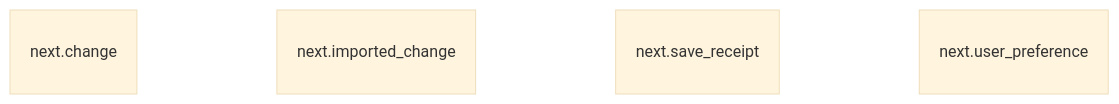
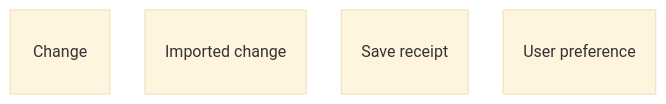
Before and after one commit to DoctorCRE/doctorcre-engine: the diagram in docs/database/tables/viewpoint-changes-preferences.md, drawn with Mermaid (base theme). The commit also changed other lines of this file and 29 other files, not shown here.

````diff
--- a/docs/database/tables/viewpoint-changes-preferences.md
+++ b/docs/database/tables/viewpoint-changes-preferences.md
@@ -18,13 +3,14 @@
 ```mermaid
+---
+config:
+  layout: elk
+  er:
+    nodeSpacing: 22
+    rankSpacing: 44
+---
 erDiagram
-
-
-"next.change" {
-}
-"next.imported_change" {
-}
-"next.save_receipt" {
-}
-"next.user_preference" {
-}
+  "Change"
+  "Imported change"
+  "Save receipt"
+  "User preference"
 ```
````
